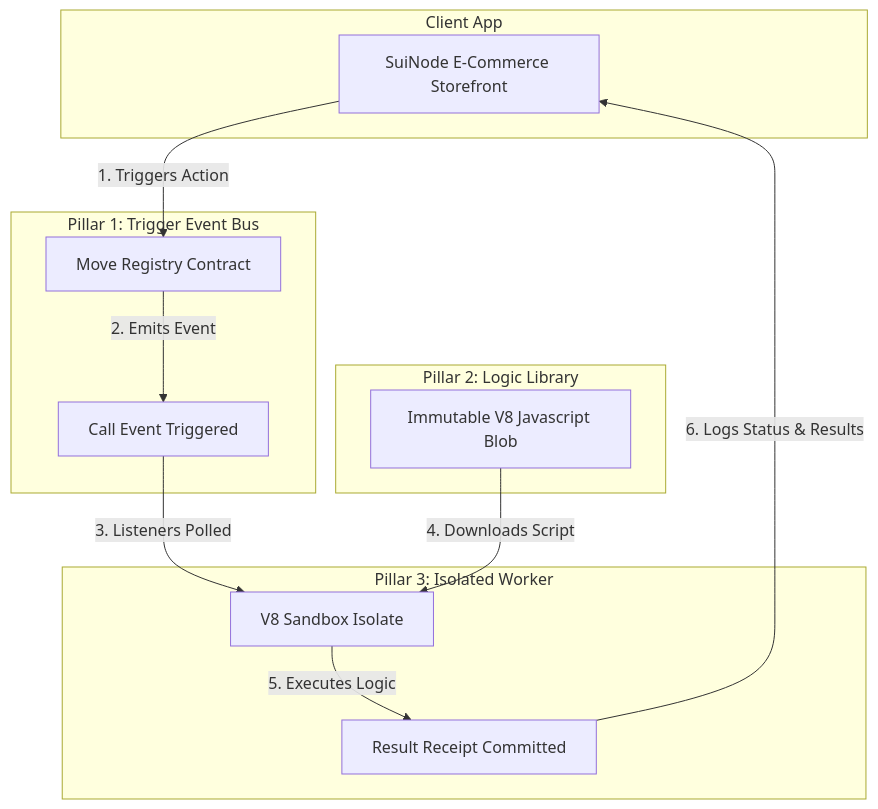
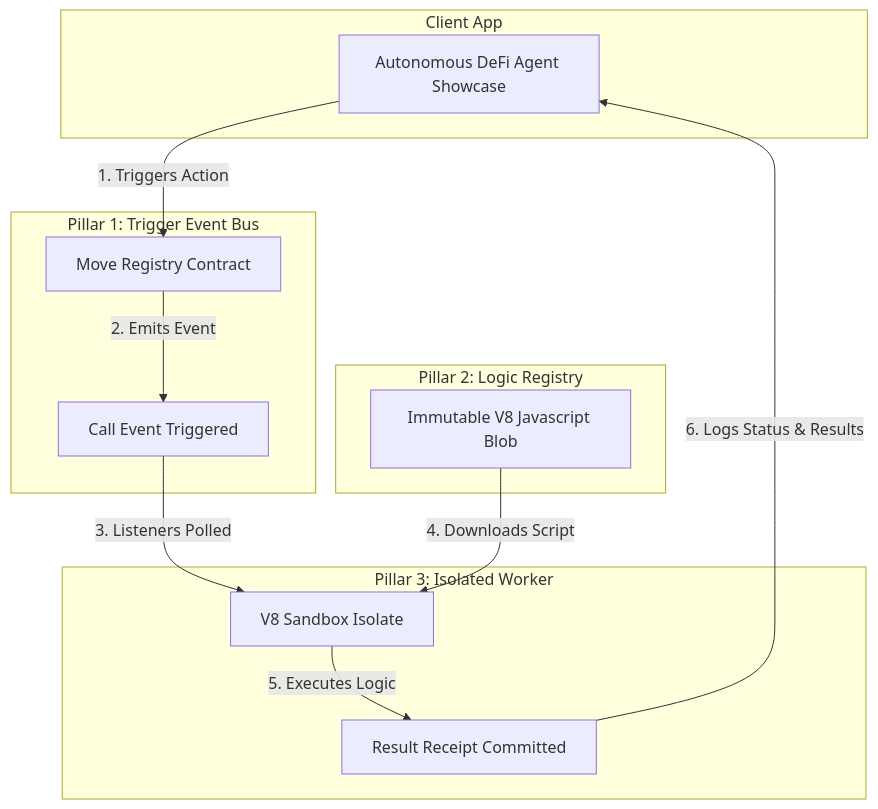
One commit to Kellie-Brighty/sui-functions changed the diagram in README.md. Above: the diagram before and after it, drawn with Mermaid. The commit also changed other lines of this file and 7 other files, not shown here.

Commit message:
Update roadmap to 4 phases and ignore video directory

````diff
--- a/README.md
+++ b/README.md
@@ -28,24 +28,24 @@
 ```mermaid
 graph TD
     subgraph Client App
-        A[SuiNode E-Commerce Storefront]
+        A[Autonomous DeFi Agent Showcase]
     end
     subgraph Sui Ledger [Pillar 1: Trigger Event Bus]
         B[Move Registry Contract]
         C[Call Event Triggered]
     end
-    subgraph Walrus Storage [Pillar 2: Logic Library]
+    subgraph Walrus Storage [Pillar 2: Logic Registry]
         D[Immutable V8 Javascript Blob]
     end
     subgraph Runner Daemon [Pillar 3: Isolated Worker]
         E[V8 Sandbox Isolate]
         F[Result Receipt Committed]
     end
 
     A -->|1. Triggers Action| B
     B -->|2. Emits Event| C
     C -->|3. Listeners Polled| E
     D -->|4. Downloads Script| E
     E -->|5. Executes Logic| F
     F -->|6. Logs Status & Results| A
 ```
````
